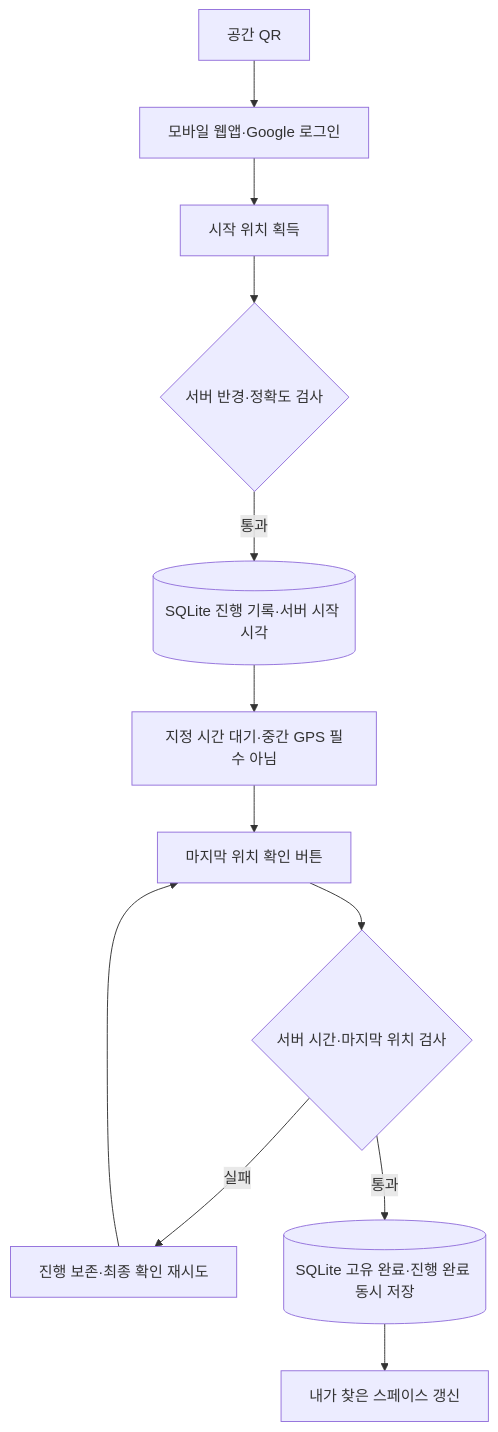
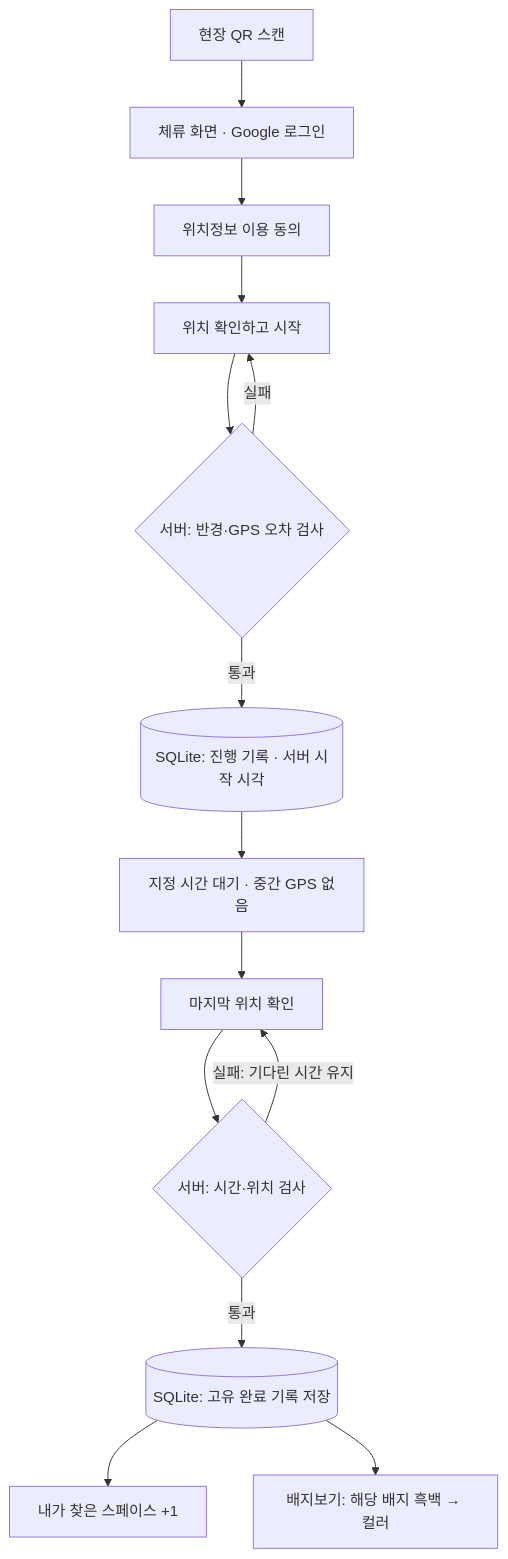
Before and after one commit to MirDraco/space-cycle: the diagram in README.md, drawn with Mermaid. The commit also changed other lines of this file, not shown here.

````diff
--- a/README.md
+++ b/README.md
@@ -120,14 +69,16 @@
 ```mermaid
 flowchart TD
-    A[공간 QR] --> B[모바일 웹앱·Google 로그인]
-    B --> C[시작 위치 획득]
-    C --> D{서버 반경·정확도 검사}
-    D -->|통과| E[(SQLite 진행 기록·서버 시작 시각)]
-    E --> F[지정 시간 대기·중간 GPS 필수 아님]
-    F --> G[마지막 위치 확인 버튼]
-    G --> H{서버 시간·마지막 위치 검사}
-    H -->|실패| I[진행 보존·최종 확인 재시도]
-    I --> G
-    H -->|통과| J[(SQLite 고유 완료·진행 완료 동시 저장)]
-    J --> K[내가 찾은 스페이스 갱신]
+    A[현장 QR 스캔] --> B[체류 화면 · Google 로그인]
+    B --> C[위치정보 이용 동의]
+    C --> D[위치 확인하고 시작]
+    D --> E{서버: 반경·GPS 오차 검사}
+    E -->|실패| D
+    E -->|통과| F[(SQLite: 진행 기록 · 서버 시작 시각)]
+    F --> G[지정 시간 대기 · 중간 GPS 없음]
+    G --> H[마지막 위치 확인]
+    H --> I{서버: 시간·위치 검사}
+    I -->|실패: 기다린 시간 유지| H
+    I -->|통과| J[(SQLite: 고유 완료 기록 저장)]
+    J --> K[내가 찾은 스페이스 +1]
+    J --> L[배지보기: 해당 배지 흑백 → 컬러]
 ```
````
